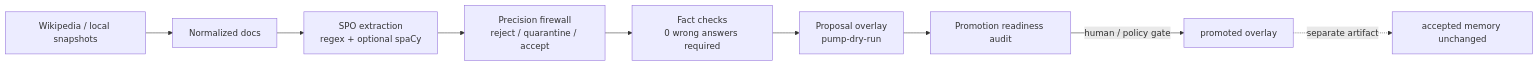
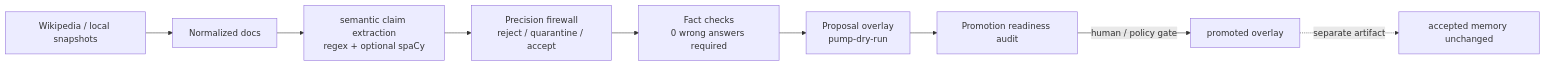
The third of 5 diagrams in README.md (zowelqqee/microworld), drawn with Mermaid before and after one commit. The commit also changed other lines of this file, not shown here.

Commit message:
Document semantic Microworld architecture

````diff
--- a/README.md
+++ b/README.md
@@ -419,11 +468,11 @@
 ```mermaid
 flowchart LR
     W["Wikipedia / local snapshots"] --> N["Normalized docs"]
-    N --> X["SPO extraction<br/>regex + optional spaCy"]
+    N --> X["semantic claim extraction<br/>regex + optional spaCy"]
     X --> F["Precision firewall<br/>reject / quarantine / accept"]
     F --> FC["Fact checks<br/>0 wrong answers required"]
     FC --> O["Proposal overlay<br/>pump-dry-run"]
     O --> PR["Promotion readiness audit"]
     PR -->|human / policy gate| PM["promoted overlay"]
     PM -. separate artifact .-> A["accepted memory unchanged"]
 ```
````
